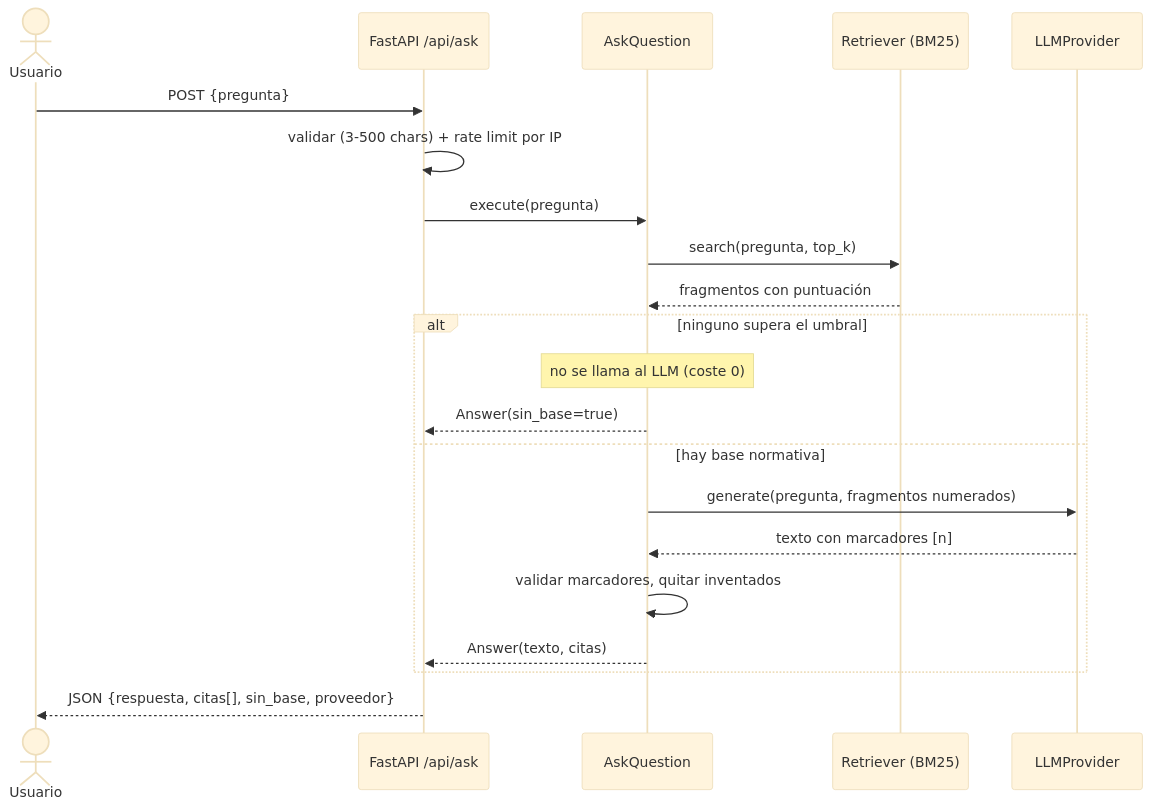
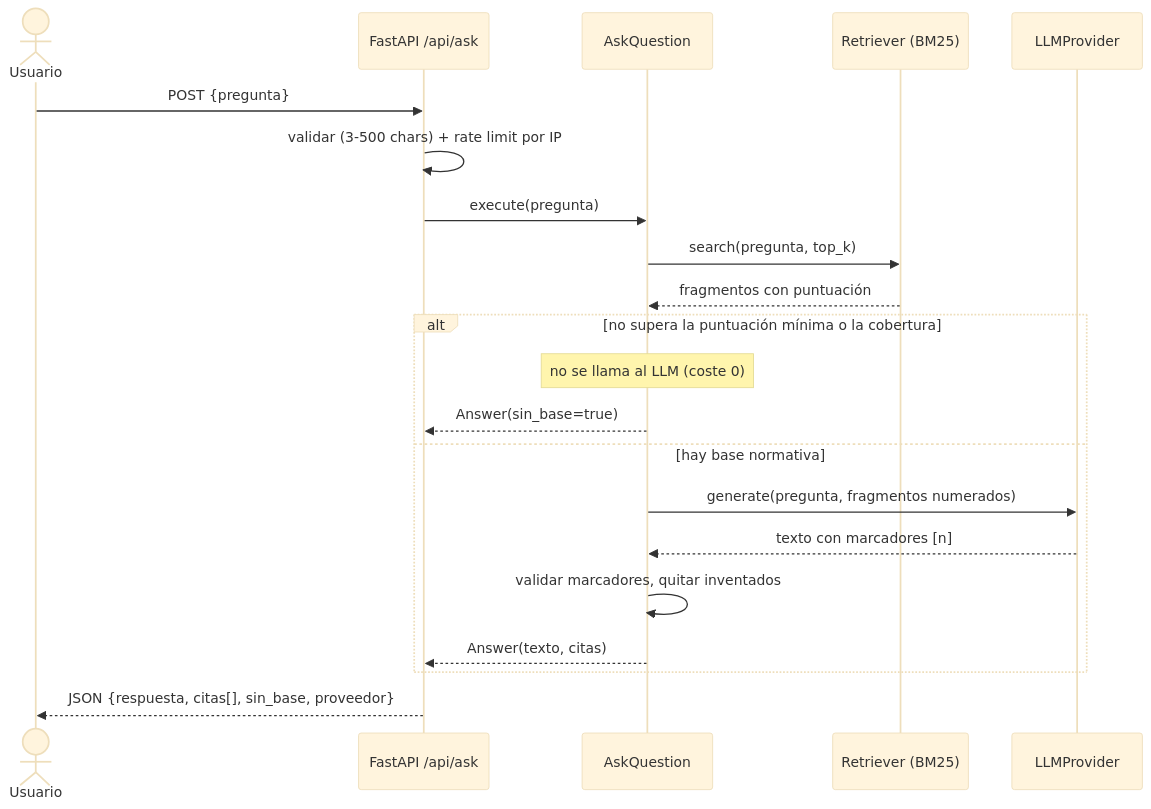
The third of 5 diagrams in docs/ARQUITECTURA.md (pedronavarro-labs/normacita), drawn with Mermaid (base theme) before and after one commit. The commit also changed other lines of this file and 1 other file, not shown here.

Commit message:
docs: enlace a la memoria en el README y diagrama de secuencia actualizado (umbral de cobertura)

````diff
--- a/docs/ARQUITECTURA.md
+++ b/docs/ARQUITECTURA.md
@@ -54,23 +54,23 @@
 ```mermaid
 sequenceDiagram
     actor U as Usuario
     participant API as FastAPI /api/ask
     participant UC as AskQuestion
     participant R as Retriever (BM25)
     participant L as LLMProvider
     U->>API: POST {pregunta}
     API->>API: validar (3-500 chars) + rate limit por IP
     API->>UC: execute(pregunta)
     UC->>R: search(pregunta, top_k)
     R-->>UC: fragmentos con puntuación
-    alt ninguno supera el umbral
+    alt no supera la puntuación mínima o la cobertura
         Note over UC: no se llama al LLM (coste 0)
         UC-->>API: Answer(sin_base=true)
     else hay base normativa
         UC->>L: generate(pregunta, fragmentos numerados)
         L-->>UC: texto con marcadores [n]
         UC->>UC: validar marcadores, quitar inventados
         UC-->>API: Answer(texto, citas)
     end
     API-->>U: JSON {respuesta, citas[], sin_base, proveedor}
 ```
````
